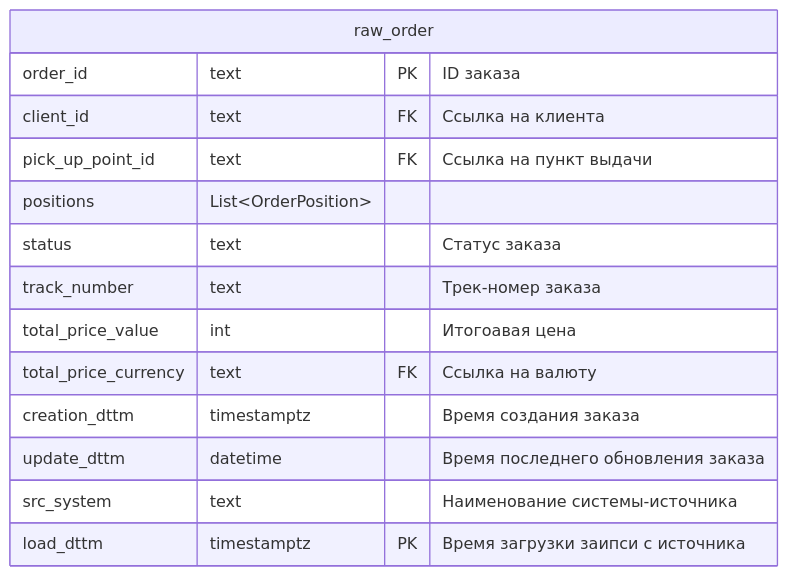
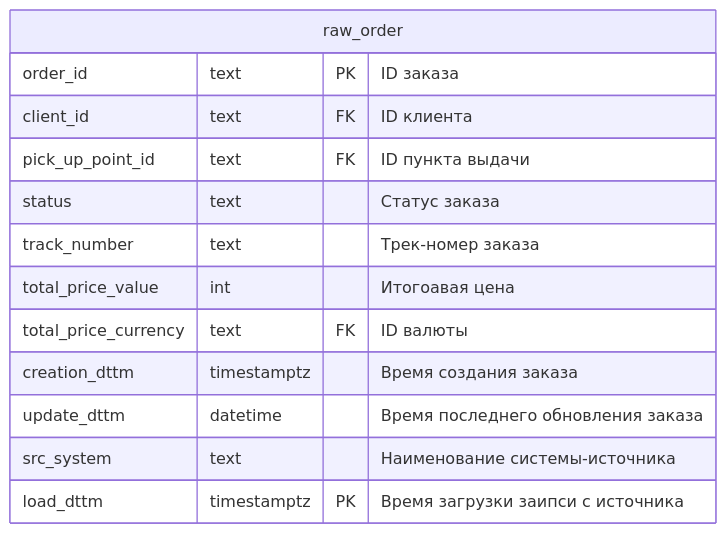
The tenth of 12 diagrams in docs/db_schema/Сырые данные.md (vgorbikov/dq-practice), drawn with Mermaid before and after one commit. The commit also changed other lines of this file and 2 other files, not shown here.

Commit message:
fix db schema

````diff
--- a/docs/db_schema/Сырые данные.md
+++ b/docs/db_schema/Сырые данные.md
@@ -165,19 +165,18 @@
 ```mermaid
 erDiagram
 
 raw_order {
     order_id text PK "ID заказа"
-    client_id text FK "Ссылка на клиента"
-    pick_up_point_id text FK "Ссылка на пункт выдачи"
-    positions List~OrderPosition~
+    client_id text FK "ID клиента"
+    pick_up_point_id text FK "ID пункта выдачи"
     status text "Статус заказа"
     track_number text "Трек-номер заказа"
     total_price_value int "Итогоавая цена"
-    total_price_currency text FK "Ссылка на валюту"
+    total_price_currency text FK "ID валюты"
     creation_dttm timestamptz "Время создания заказа"
     update_dttm datetime "Время последнего обновления заказа"
     src_system text "Наименование системы-источника"
     load_dttm timestamptz PK "Время загрузки заипси с источника"
 }
 
 ```
````
